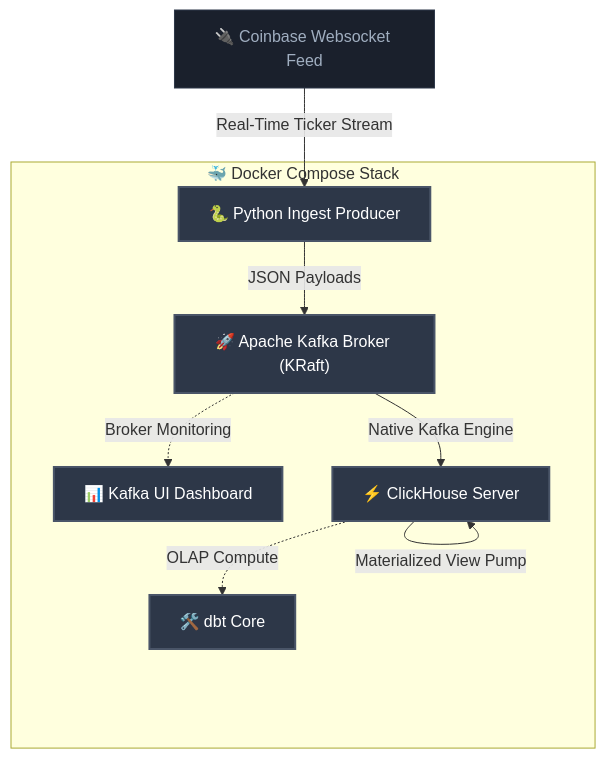
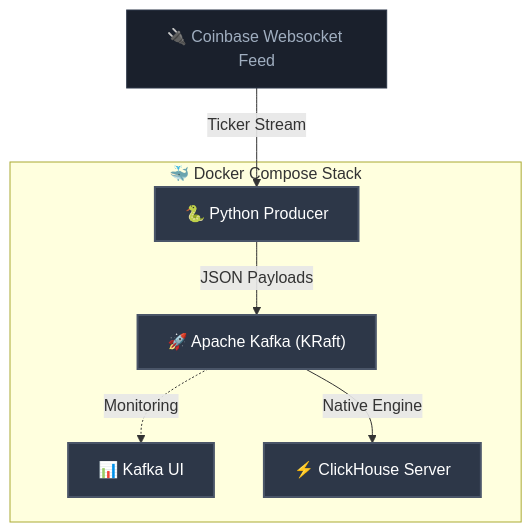
Before and after one commit to sysung/crypto-dash: the diagram in README.md, drawn with Mermaid. The commit also changed other lines of this file and 13 other files, not shown here.

````diff
--- a/README.md
+++ b/README.md
@@ -9,22 +9,19 @@
 ```mermaid
 graph TD
     classDef tech fill:#2d3748,stroke:#4a5568,stroke-width:2px,color:#fff;
     classDef external fill:#1a202c,stroke:#2d3748,color:#a0aec0;
 
     Coinbase["🔌 Coinbase Websocket Feed"]:::external
     
     subgraph Docker ["🐳 Docker Compose Stack"]
-        Producer["🐍 Python Ingest Producer"]:::tech
-        Kafka["🚀 Apache Kafka Broker (KRaft)"]:::tech
-        KafkaUI["📊 Kafka UI Dashboard"]:::tech
+        Producer["🐍 Python Producer"]:::tech
+        Kafka["🚀 Apache Kafka (KRaft)"]:::tech
+        KafkaUI["📊 Kafka UI"]:::tech
         ClickHouse["⚡ ClickHouse Server"]:::tech
-        dbt["🛠️ dbt Core"]:::tech
     end
 
-    Coinbase -->|Real-Time Ticker Stream| Producer
+    Coinbase -->|Ticker Stream| Producer
     Producer -->|JSON Payloads| Kafka
-    Kafka -.->|Broker Monitoring| KafkaUI
-    Kafka -->|Native Kafka Engine| ClickHouse
-    ClickHouse -->|Materialized View Pump| ClickHouse
-    ClickHouse -.->|OLAP Compute| dbt
+    Kafka -.->|Monitoring| KafkaUI
+    Kafka -->|Native Engine| ClickHouse
 ```
````
